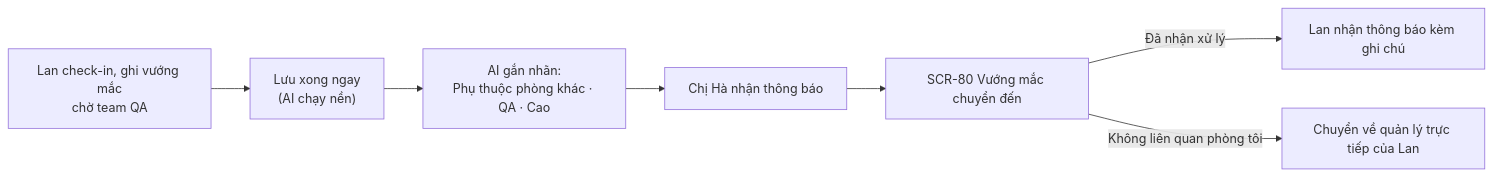
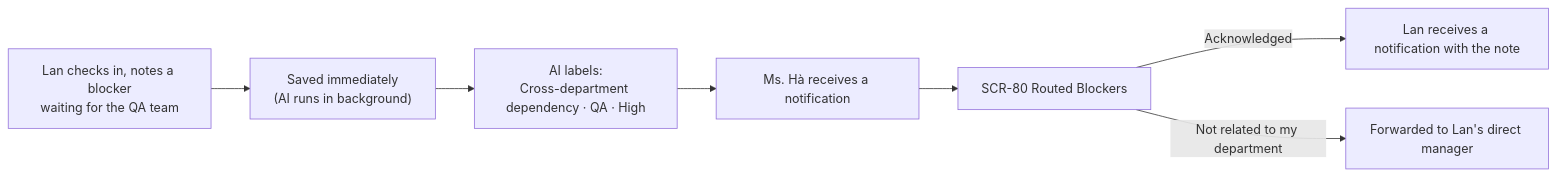
Before and after one commit to Akaza-ban/OCK-360: the fifth of 6 diagrams in docs/04-information-architecture.md, drawn with Mermaid. The commit also changed other lines of this file and 24 other files, not shown here.

````diff
--- a/docs/04-information-architecture.md
+++ b/docs/04-information-architecture.md
@@ -218,9 +218,9 @@
 ```mermaid
 flowchart LR
-    A["Lan check-in, ghi vướng mắc<br/>chờ team QA"] --> B["Lưu xong ngay<br/>(AI chạy nền)"]
-    B --> C["AI gắn nhãn:<br/>Phụ thuộc phòng khác · QA · Cao"]
-    C --> D["Chị Hà nhận thông báo"]
-    D --> E["SCR-80 Vướng mắc chuyển đến"]
-    E -->|Đã nhận xử lý| F["Lan nhận thông báo kèm ghi chú"]
-    E -->|Không liên quan phòng tôi| G["Chuyển về quản lý trực tiếp của Lan"]
+    A["Lan checks in, notes a blocker<br/>waiting for the QA team"] --> B["Saved immediately<br/>(AI runs in background)"]
+    B --> C["AI labels:<br/>Cross-department dependency · QA · High"]
+    C --> D["Ms. Hà receives a notification"]
+    D --> E["SCR-80 Routed Blockers"]
+    E --> |Acknowledged| F["Lan receives a notification with the note"]
+    E --> |Not related to my department| G["Forwarded to Lan's direct manager"]
 ```
````
